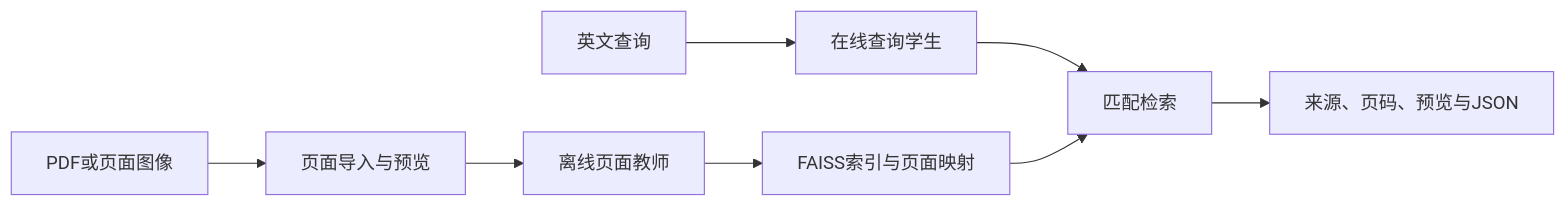
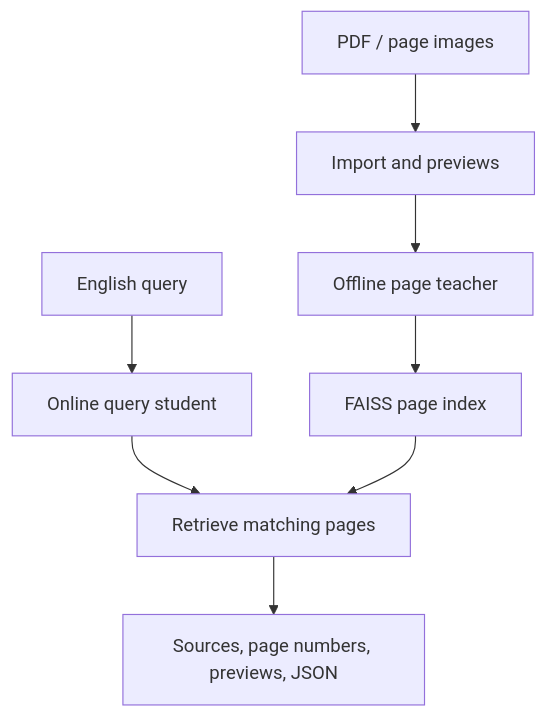
Before and after one commit to linlin-is-me/FolioRecall: the diagram in README.md, drawn with Mermaid. The commit also changed other lines of this file and 3 other files, not shown here.

````diff
--- a/README.md
+++ b/README.md
@@ -15,10 +36,10 @@
 ```mermaid
-flowchart LR
-    A[PDF或页面图像] --> B[页面导入与预览]
-    B --> C[离线页面教师]
-    C --> D[FAISS索引与页面映射]
-    Q[英文查询] --> S[在线查询学生]
-    S --> R[匹配检索]
-    D --> R
-    R --> U[来源、页码、预览与JSON]
+flowchart TB
+    P[PDF / page images] --> I[Import and previews]
+    I --> T[Offline page teacher]
+    T --> X[FAISS page index]
+    Q[English query] --> S[Online query student]
+    S --> R[Retrieve matching pages]
+    X --> R
+    R --> U[Sources, page numbers, previews, JSON]
 ```
````
